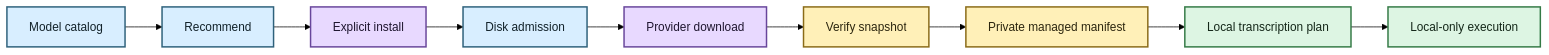
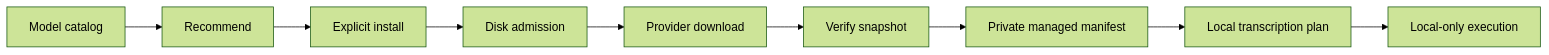
One commit to SSD1805/EchoFlow changed the diagram in docs/architecture/model-management.md. Above: the diagram before and after it, drawn with Mermaid (forest theme). The commit also changed 24 other files, not shown here.

Commit message:
docs: normalize Mermaid for GitHub portability

````diff
--- a/docs/architecture/model-management.md
+++ b/docs/architecture/model-management.md
@@ -16,21 +16,11 @@
 ```mermaid
-flowchart LR
+graph LR;
     A[Model catalog] --> B[Recommend]
     B --> C[Explicit install]
     C --> D[Disk admission]
     D --> E[Provider download]
     E --> F[Verify snapshot]
     F --> G[Private managed manifest]
     G --> H[Local transcription plan]
     H --> I[Local-only execution]
-
-    classDef info fill:#D8EEFF,stroke:#2E617B,stroke-width:2px,color:#12222A
-    classDef network fill:#E8D9FF,stroke:#68469B,stroke-width:2px,color:#1F1630
-    classDef evidence fill:#FFF0B8,stroke:#8A6B18,stroke-width:2px,color:#2C260F
-    classDef run fill:#DDF5E3,stroke:#347A46,stroke-width:2px,color:#142719
-
-    class A,B,D info
-    class C,E network
-    class F,G evidence
-    class H,I run
 ```
````
